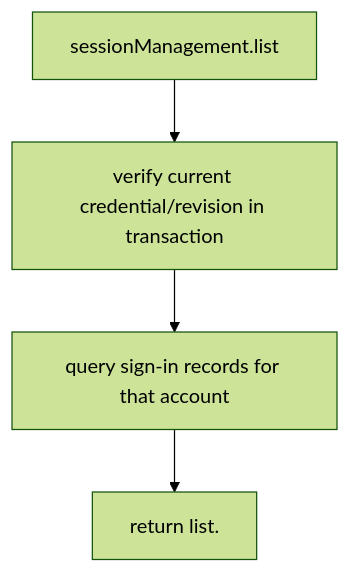
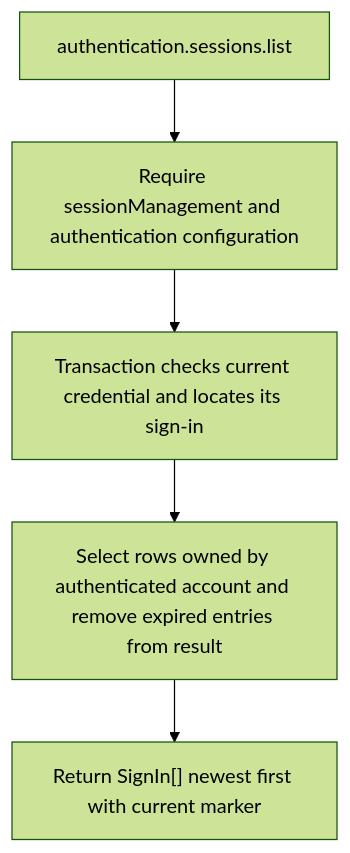
One commit to Kevinjohn/oss-adonisjs-account-kit changed the second of 2 diagrams in user-stories/US-ACCOUNT-14-list-signed-in-devices.md. Above: the diagram before and after it, drawn with Mermaid (forest theme). The commit also changed other lines of this file and 9 other files, not shown here.

Commit message:
docs: clarify session and social account journeys

````diff
--- a/user-stories/US-ACCOUNT-14-list-signed-in-devices.md
+++ b/user-stories/US-ACCOUNT-14-list-signed-in-devices.md
@@ -33,10 +29,7 @@
 ```mermaid
 flowchart TD
-    C0["sessionManagement.list"]
-    C1["verify current credential/revision in transaction"]
-    C0 --> C1
-    C2["query sign-in records for that account"]
-    C1 --> C2
-    C3["return list."]
-    C2 --> C3
+ A["authentication.sessions.list"] --> B["Require sessionManagement and authentication configuration"]
+ B --> C["Transaction checks current credential and locates its sign-in"]
+ C --> D["Select rows owned by authenticated account and remove expired entries from result"]
+ D --> E["Return SignIn[] newest first with current marker"]
 ```
````
